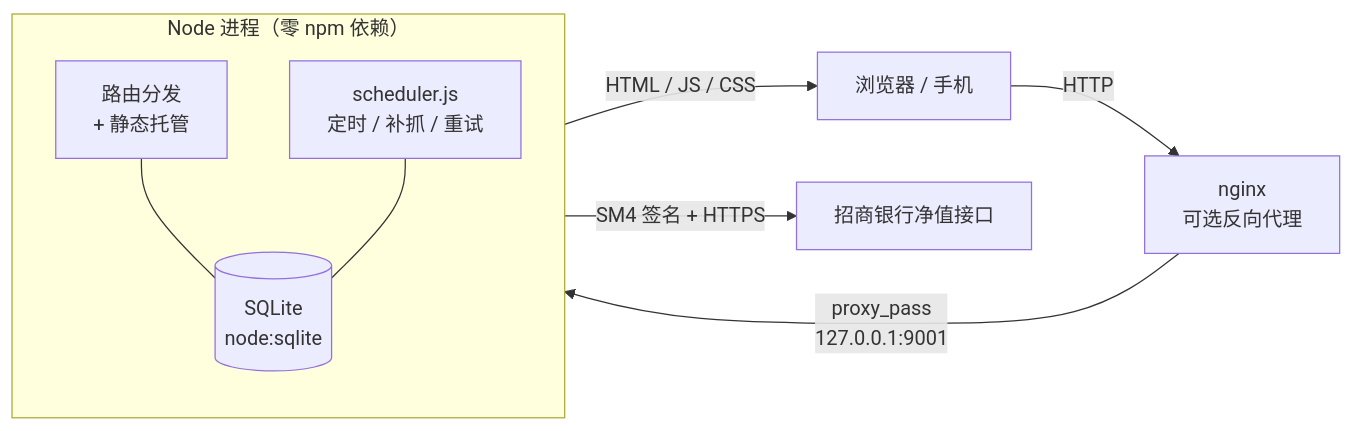
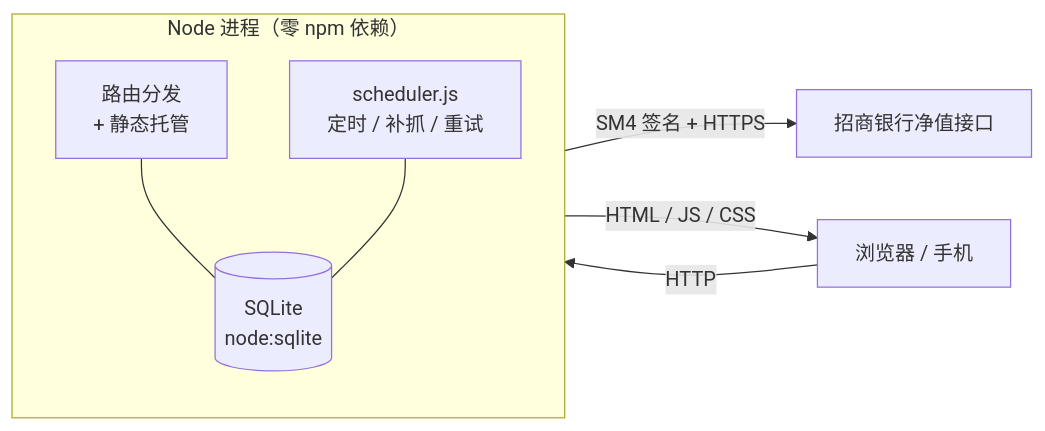
One commit to zuoyigenulidexiaobai/cmb-nav-assistant changed the diagram in README.md. Above: the diagram before and after it, drawn with Mermaid. The commit also changed other lines of this file and 4 other files, not shown here.

````diff
--- a/README.md
+++ b/README.md
@@ -212,17 +212,16 @@
 ```mermaid
 flowchart LR
-    B["浏览器 / 手机"] -->|HTTP| N["nginx<br/>可选反向代理"]
-    N -->|proxy_pass<br/>127.0.0.1:9001| A["Node 单进程<br/>server/index.js"]
+    B["浏览器 / 手机"] -->|HTTP| A["Node 单进程<br/>server/index.js"]
 
     subgraph A["Node 进程（零 npm 依赖）"]
         direction TB
         R["路由分发<br/>+ 静态托管"]
         S["scheduler.js<br/>定时 / 补抓 / 重试"]
         Q[("SQLite<br/>node:sqlite")]
         R --- Q
         S --- Q
     end
 
     S -->|SM4 签名 + HTTPS| D["招商银行净值接口"]
     R -->|HTML / JS / CSS| B
 ```
````
